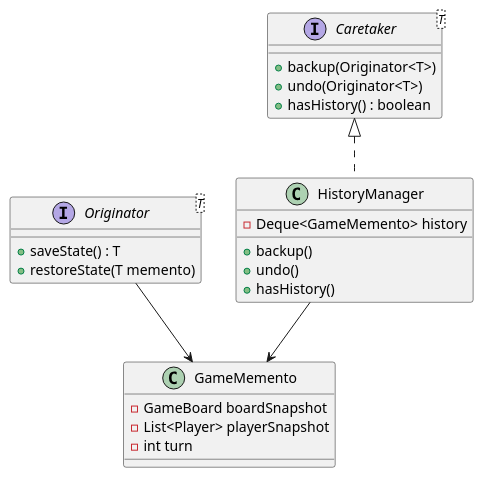
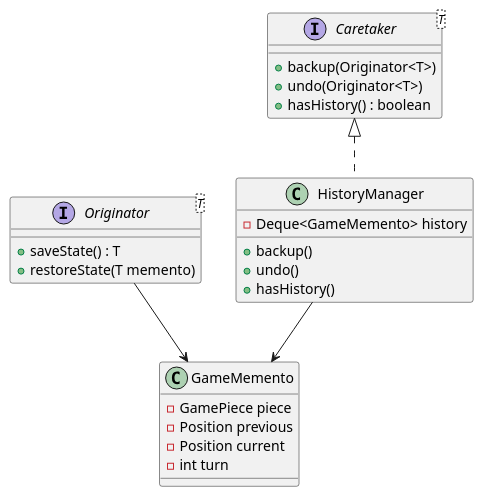
Diagram 14 of 24 in README.md (20242-ifba-saj-ads-ppr/framework-equipe1), drawn with PlantUML before and after one commit. The commit also changed other lines of this file and 1 other file, not shown here.

````diff
--- a/README.md
+++ b/README.md
@@ -809,31 +821,32 @@
 ```plantuml
 @startuml
 interface Originator<T> {
   +saveState() : T
   +restoreState(T memento)
 }
 
 interface Caretaker<T> {
   +backup(Originator<T>)
   +undo(Originator<T>)
   +hasHistory() : boolean
 }
 
 class GameMemento {
-  -GameBoard boardSnapshot
-  -List<Player> playerSnapshot
+  -GamePiece piece
+  -Position previous
+  -Position current
   -int turn
 }
 
 class HistoryManager {
   -Deque<GameMemento> history
   +backup()
   +undo()
   +hasHistory()
 }
 
 Caretaker <|.. HistoryManager
 Originator --> GameMemento
 HistoryManager --> GameMemento
 @enduml
 ```
````
